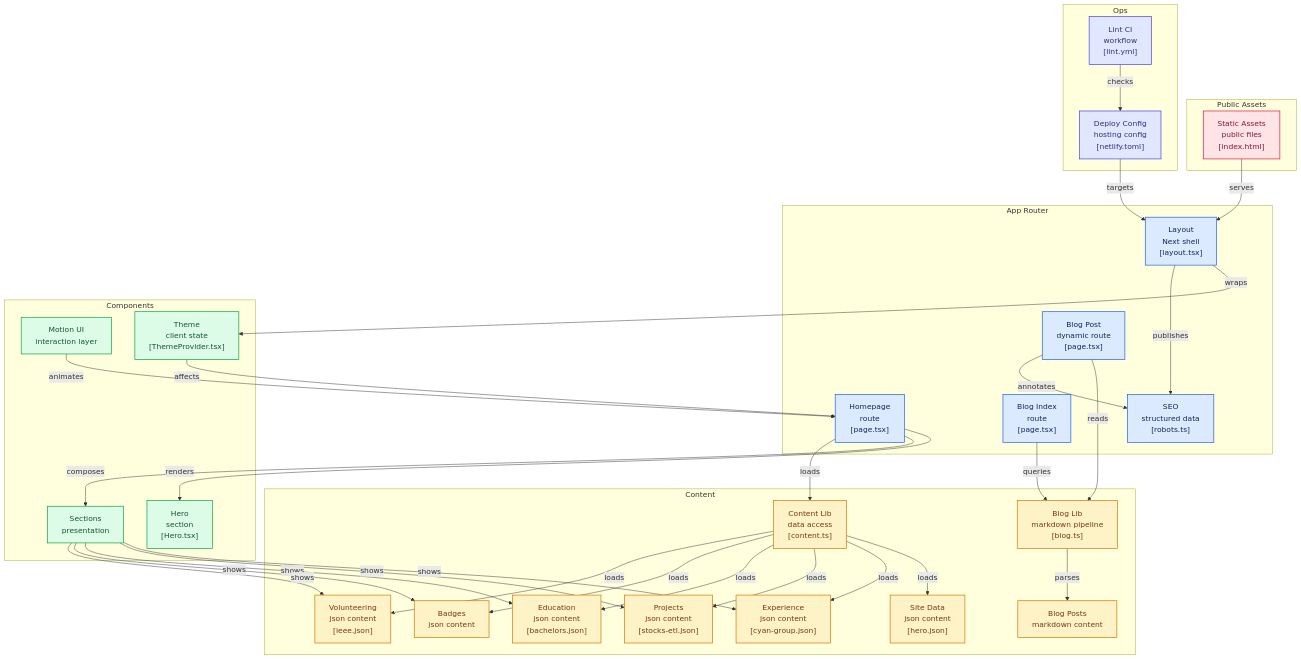
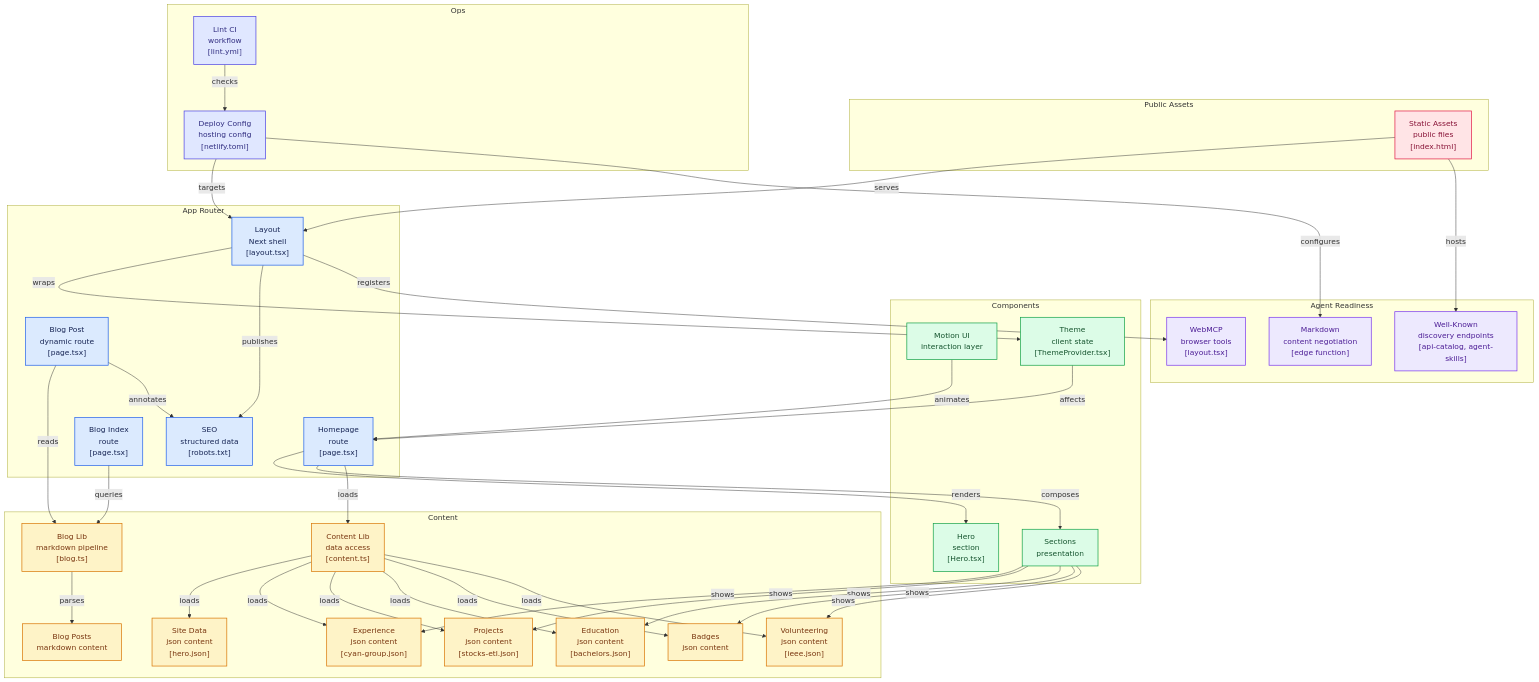
Before and after one commit to ahmed-abdelwahed1/personal-website: the diagram in README.md, drawn with Mermaid. The commit also changed other lines of this file, not shown here.

Commit message:
Enhance README with agent readiness details, discovery endpoints, and content accessibility features

````diff
--- a/README.md
+++ b/README.md
@@ -43,7 +75,7 @@
   node_node_home["Homepage<br/>route<br/>[page.tsx]"]
   node_node_blog_index["Blog Index<br/>route<br/>[page.tsx]"]
   node_node_blog_post["Blog Post<br/>dynamic route<br/>[page.tsx]"]
-  node_node_seo["SEO<br/>structured data<br/>[robots.ts]"]
+  node_node_seo["SEO<br/>structured data<br/>[robots.txt]"]
 end
 
 subgraph group_group_content["Content"]
@@ -69,6 +101,12 @@
   node_node_public["Static Assets<br/>public files<br/>[index.html]"]
 end
 
+subgraph group_group_agent["Agent Readiness"]
+  node_node_wellknown["Well-Known<br/>discovery endpoints<br/>[api-catalog, agent-skills]"]
+  node_node_webmcp["WebMCP<br/>browser tools<br/>[layout.tsx]"]
+  node_node_markdown["Markdown<br/>content negotiation<br/>[edge function]"]
+end
+
 subgraph group_group_ops["Ops"]
   node_node_build["Deploy Config<br/>hosting config<br/>[netlify.toml]"]
   node_node_ci["Lint CI<br/>workflow<br/>[lint.yml]"]
@@ -76,6 +114,7 @@
 
 node_node_layout -->|"wraps"| node_node_theme
 node_node_layout -->|"publishes"| node_node_seo
+node_node_layout -->|"registers"| node_node_webmcp
 node_node_home -->|"renders"| node_node_hero
 node_node_home -->|"composes"| node_node_sections
 node_node_home -->|"loads"| node_node_content_lib
@@ -97,7 +136,9 @@
 node_node_motion -->|"animates"| node_node_home
 node_node_theme -->|"affects"| node_node_home
 node_node_public -->|"serves"| node_node_layout
+node_node_public -->|"hosts"| node_node_wellknown
 node_node_build -->|"targets"| node_node_layout
+node_node_build -->|"configures"| node_node_markdown
 node_node_ci -->|"checks"| node_node_build
 
 click node_node_layout "https://github.com/ahmed-abdelwahed1/personal-website/blob/main/src/app/layout.tsx"
@@ -117,8 +158,11 @@
 click node_node_sections "https://github.com/ahmed-abdelwahed1/personal-website/blob/main/src/components/ExperienceSection.tsx"
 click node_node_motion "https://github.com/ahmed-abdelwahed1/personal-website/blob/main/src/components/AnimatedSection.tsx"
 click node_node_theme "https://github.com/ahmed-abdelwahed1/personal-website/blob/main/src/components/ThemeProvider.tsx"
-click node_node_seo "https://github.com/ahmed-abdelwahed1/personal-website/blob/main/src/app/robots.ts"
+click node_node_seo "https://github.com/ahmed-abdelwahed1/personal-website/blob/main/public/robots.txt"
 click node_node_public "https://github.com/ahmed-abdelwahed1/personal-website/blob/main/public/admin/index.html"
+click node_node_wellknown "https://github.com/ahmed-abdelwahed1/personal-website/blob/main/public/.well-known/api-catalog"
+click node_node_webmcp "https://github.com/ahmed-abdelwahed1/personal-website/blob/main/src/app/layout.tsx"
+click node_node_markdown "https://github.com/ahmed-abdelwahed1/personal-website/blob/main/netlify/edge-functions/markdown-negotiation.ts"
 click node_node_build "https://github.com/ahmed-abdelwahed1/personal-website/blob/main/netlify.toml"
 click node_node_ci "https://github.com/ahmed-abdelwahed1/personal-website/blob/main/.github/workflows/lint.yml"
 
@@ -129,9 +173,11 @@
 classDef toneRose fill:#ffe4e6,stroke:#e11d48,stroke-width:1.5px,color:#881337
 classDef toneIndigo fill:#e0e7ff,stroke:#4f46e5,stroke-width:1.5px,color:#312e81
 classDef toneTeal fill:#ccfbf1,stroke:#0f766e,stroke-width:1.5px,color:#134e4a
+classDef tonePurple fill:#ede9fe,stroke:#7c3aed,stroke-width:1.5px,color:#4c1d95
 class node_node_layout,node_node_home,node_node_blog_index,node_node_blog_post,node_node_seo toneBlue
 class node_node_content_lib,node_node_blog_lib,node_node_site_data,node_node_experience_data,node_node_projects_data,node_node_education_data,node_node_badges_data,node_node_volunteer_data,node_node_blog_content toneAmber
 class node_node_hero,node_node_sections,node_node_motion,node_node_theme toneMint
 class node_node_public toneRose
+class node_node_wellknown,node_node_webmcp,node_node_markdown tonePurple
 class node_node_build,node_node_ci toneIndigo
 ```
````
